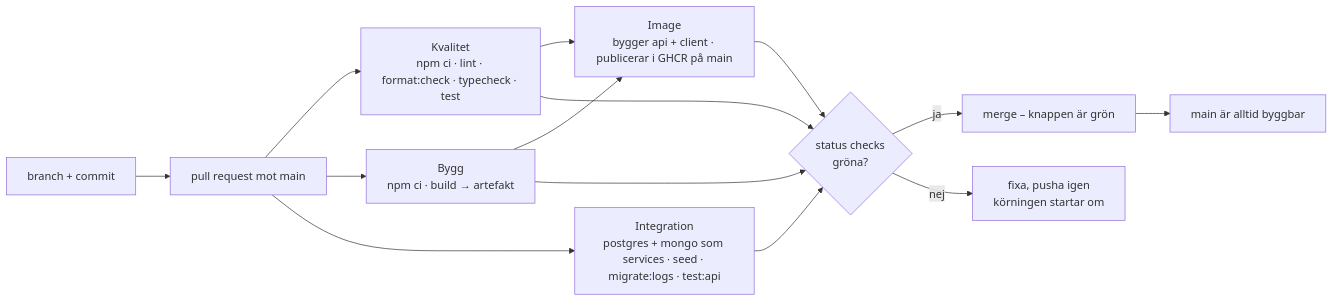
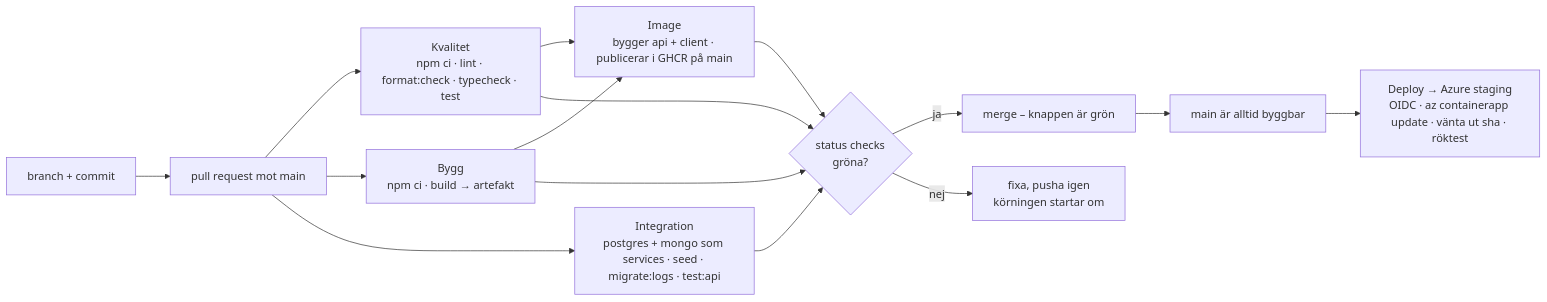
Before and after one commit to YoViking/utpost-moln-joakim: the diagram in docs/pipeline.md, drawn with Mermaid. The commit also changed other lines of this file and 4 other files, not shown here.

Commit message:
feat(ci): add deploy job to azure staging and update docs (M6)

````diff
--- a/docs/pipeline.md
+++ b/docs/pipeline.md
@@ -7,16 +7,17 @@
 ```mermaid
 flowchart LR
   B[branch + commit] --> PR[pull request mot main]
   PR --> Q[Kvalitet<br/>npm ci · lint · format:check · typecheck · test]
   PR --> BU[Bygg<br/>npm ci · build → artefakt]
   PR --> I[Integration<br/>postgres + mongo som services · seed · migrate:logs · test:api]
   Q --> IM[Image<br/>bygger api + client · publicerar i GHCR på main]
   BU --> IM
   Q --> S{status checks<br/>gröna?}
   BU --> S
   I --> S
   IM --> S
   S -->|ja| M[merge – knappen är grön]
   S -->|nej| F[fixa, pusha igen<br/>körningen startar om]
   M --> MAIN[main är alltid byggbar]
+  MAIN --> D[Deploy → Azure staging<br/>OIDC · az containerapp update · vänta ut sha · röktest]
 ```
````
